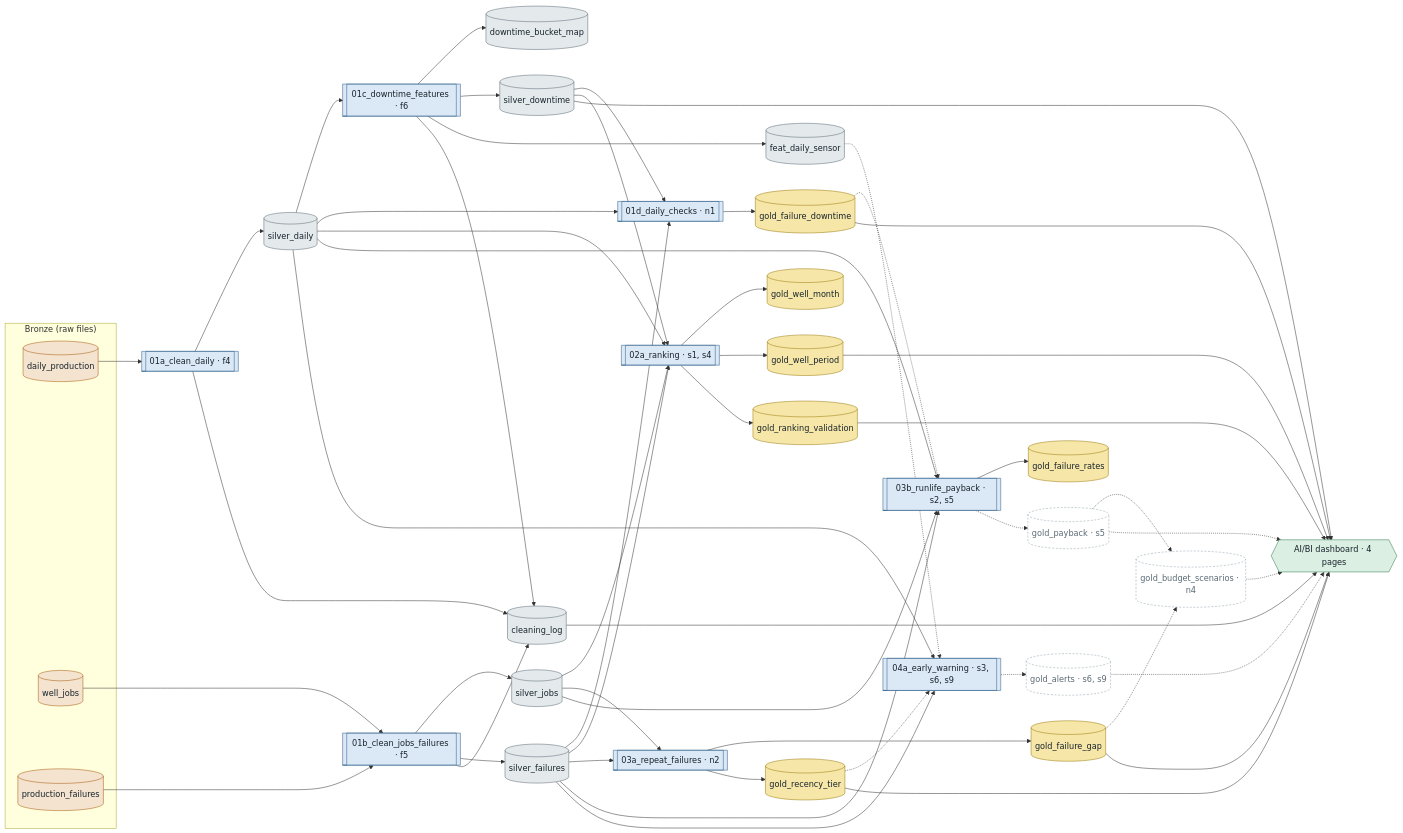
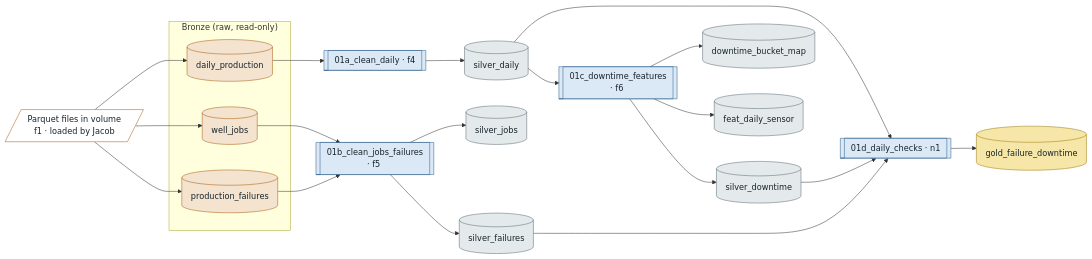
One commit to Angie629/dsmlc2026 changed the second of 4 diagrams in docs/notebooks_and_data_flow.md. Above: the diagram before and after it, drawn with Mermaid. The commit also changed other lines of this file and 2 other files, not shown here.

Commit message:
added cleaner version of data flow doc

````diff
--- a/docs/notebooks_and_data_flow.md
+++ b/docs/notebooks_and_data_flow.md
@@ -56,65 +89,35 @@
 ```mermaid
 flowchart LR
   classDef bronze fill:#f3e3cf,stroke:#a8590a,color:#17232b
   classDef silver fill:#e4e9ec,stroke:#5a6a74,color:#17232b
   classDef gold fill:#f6e7a8,stroke:#9a7a0a,color:#17232b
   classDef nb fill:#dbe8f5,stroke:#2c5d8a,color:#17232b
-  classDef planned fill:#ffffff,stroke:#93a3ad,color:#5a6a74,stroke-dasharray: 4 3
-  classDef dash fill:#dcefe3,stroke:#2f7a4f,color:#17232b
+  classDef load fill:#ffffff,stroke:#a8590a,color:#17232b
 
-  subgraph BRONZE["Bronze (raw files)"]
-    DP[(daily_production)]:::bronze
-    WJ[(well_jobs)]:::bronze
-    PF[(production_failures)]:::bronze
+  F[/"#nbsp;Parquet files in volume#nbsp;<br>#nbsp;f1 · loaded by Jacob#nbsp;"/]:::load
+
+  subgraph BRONZE["Bronze (raw, read-only)"]
+    DP[("#nbsp;#nbsp;daily_production#nbsp;#nbsp;")]:::bronze
+    WJ[("#nbsp;#nbsp;well_jobs#nbsp;#nbsp;")]:::bronze
+    PF[("#nbsp;#nbsp;production_failures#nbsp;#nbsp;")]:::bronze
   end
 
-  N01a[[01a_clean_daily · f4]]:::nb
-  N01b[[01b_clean_jobs_failures · f5]]:::nb
-  N01c[[01c_downtime_features · f6]]:::nb
-  N01d[[01d_daily_checks · n1]]:::nb
-  N02a[[02a_ranking · s1, s4]]:::nb
-  N03a[[03a_repeat_failures · n2]]:::nb
-  N03b[[03b_runlife_payback · s2, s5]]:::nb
-  N04a[[04a_early_warning · s3, s6, s9]]:::nb
+  A[["#nbsp;01a_clean_daily · f4#nbsp;"]]:::nb
+  BB[["#nbsp;01b_clean_jobs_failures · f5#nbsp;"]]:::nb
+  C[["#nbsp;01c_downtime_features · f6#nbsp;"]]:::nb
+  DD[["#nbsp;01d_daily_checks · n1#nbsp;"]]:::nb
 
-  SD[(silver_daily)]:::silver
-  SJ[(silver_jobs)]:::silver
-  SF[(silver_failures)]:::silver
-  CL[(cleaning_log)]:::silver
-  BM[(downtime_bucket_map)]:::silver
-  ST[(silver_downtime)]:::silver
-  FS[(feat_daily_sensor)]:::silver
+  SD[("#nbsp;#nbsp;silver_daily#nbsp;#nbsp;")]:::silver
+  SJ[("#nbsp;#nbsp;silver_jobs#nbsp;#nbsp;")]:::silver
+  SF[("#nbsp;#nbsp;silver_failures#nbsp;#nbsp;")]:::silver
+  ST[("#nbsp;#nbsp;silver_downtime#nbsp;#nbsp;")]:::silver
+  BM[("#nbsp;#nbsp;downtime_bucket_map#nbsp;#nbsp;")]:::silver
+  FS[("#nbsp;#nbsp;feat_daily_sensor#nbsp;#nbsp;")]:::silver
+  GFD[("#nbsp;#nbsp;gold_failure_downtime#nbsp;#nbsp;")]:::gold
 
-  GFD[(gold_failure_downtime)]:::gold
-  GWM[(gold_well_month)]:::gold
-  GWP[(gold_well_period)]:::gold
-  GRV[(gold_ranking_validation)]:::gold
-  GFG[(gold_failure_gap)]:::gold
-  GRT[(gold_recency_tier)]:::gold
-  GFR[(gold_failure_rates)]:::gold
-  GPB[(gold_payback · s5)]:::planned
-  GBS[(gold_budget_scenarios · n4)]:::planned
-  GAL[(gold_alerts · s6, s9)]:::planned
-
-  DB{{AI/BI dashboard · 4 pages}}:::dash
-
-  DP --> N01a --> SD & CL
-  WJ --> N01b
-  PF --> N01b --> SJ & SF
-  N01b --> CL
-  SD --> N01c --> BM & ST & FS
-  N01c --> CL
-  SD & ST & SF --> N01d --> GFD
-  SD & ST & SJ & SF --> N02a --> GWM & GWP & GRV
-  SF & SJ --> N03a --> GFG & GRT
-  SD & SF & SJ --> N03b --> GFR
-  GFD -.-> N03b -.-> GPB
-  GFG -.-> GBS
-  GPB -.-> GBS
-  SD & SF --> N04a
-  FS & GRT -.-> N04a -.-> GAL
-
-  GWP & GRT & GFG & GRV --> DB
-  ST & CL & GFD --> DB
-  GPB & GBS & GAL -.-> DB
+  F --> DP & WJ & PF
+  DP --> A --> SD
+  WJ & PF --> BB --> SJ & SF
+  SD --> C --> ST & BM & FS
+  SD & ST & SF --> DD --> GFD
 ```
````
